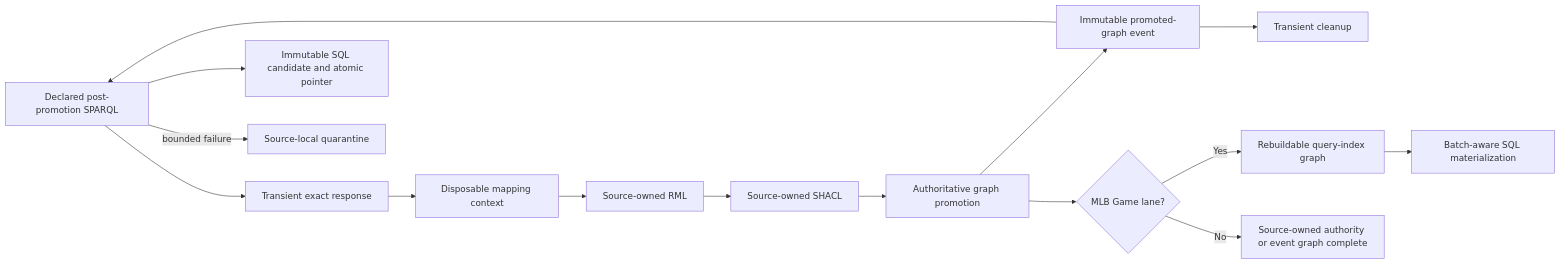
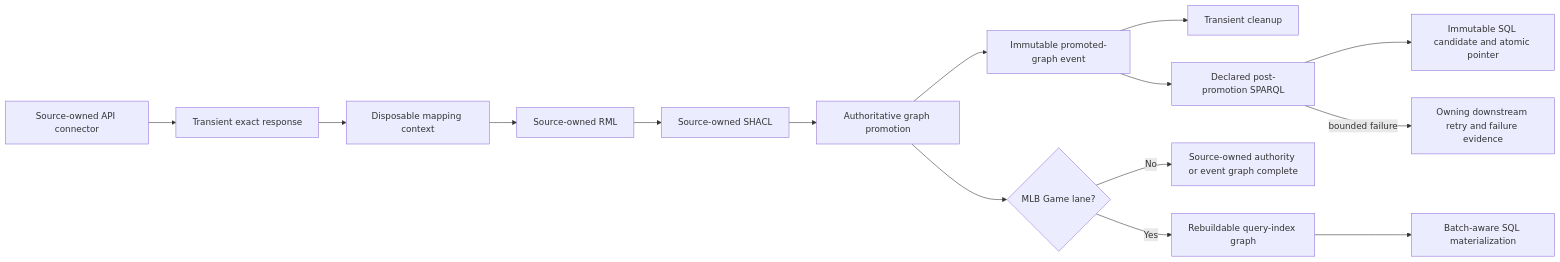
Before and after one commit to CarterBeauBenson/BaseballO: the diagram in Baseball/scripts/pipeline/README.md, drawn with Mermaid. The commit also changed other lines of this file and 22 other files, not shown here.

````diff
--- a/Baseball/scripts/pipeline/README.md
+++ b/Baseball/scripts/pipeline/README.md
@@ -29,17 +29,17 @@
 ```mermaid
 flowchart LR
     A[Source-owned API connector] --> T[Transient exact response]
     T --> C[Disposable mapping context]
     C --> M[Source-owned RML]
     M --> S[Source-owned SHACL]
     S --> P[Authoritative graph promotion]
     P --> E[Immutable promoted-graph event]
     E --> C2[Transient cleanup]
     P --> G{MLB Game lane?}
     G -->|Yes| I[Rebuildable query-index graph]
     I --> B[Batch-aware SQL materialization]
     G -->|No| X[Source-owned authority or event graph complete]
-    E --> A[Declared post-promotion SPARQL]
-    A --> D[Immutable SQL candidate and atomic pointer]
-    A -->|bounded failure| Q[Source-local quarantine]
+    E --> QUERY[Declared post-promotion SPARQL]
+    QUERY --> D[Immutable SQL candidate and atomic pointer]
+    QUERY -->|bounded failure| Q[Owning downstream retry and failure evidence]
 ```
````
